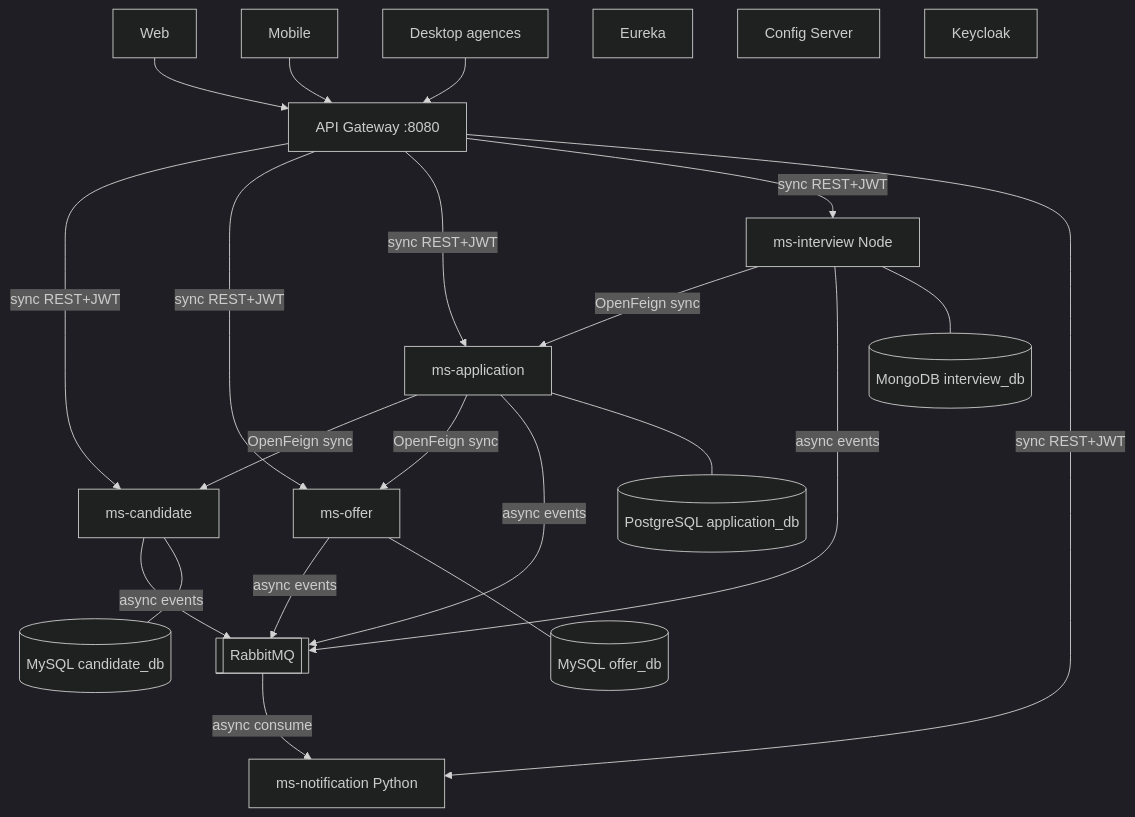
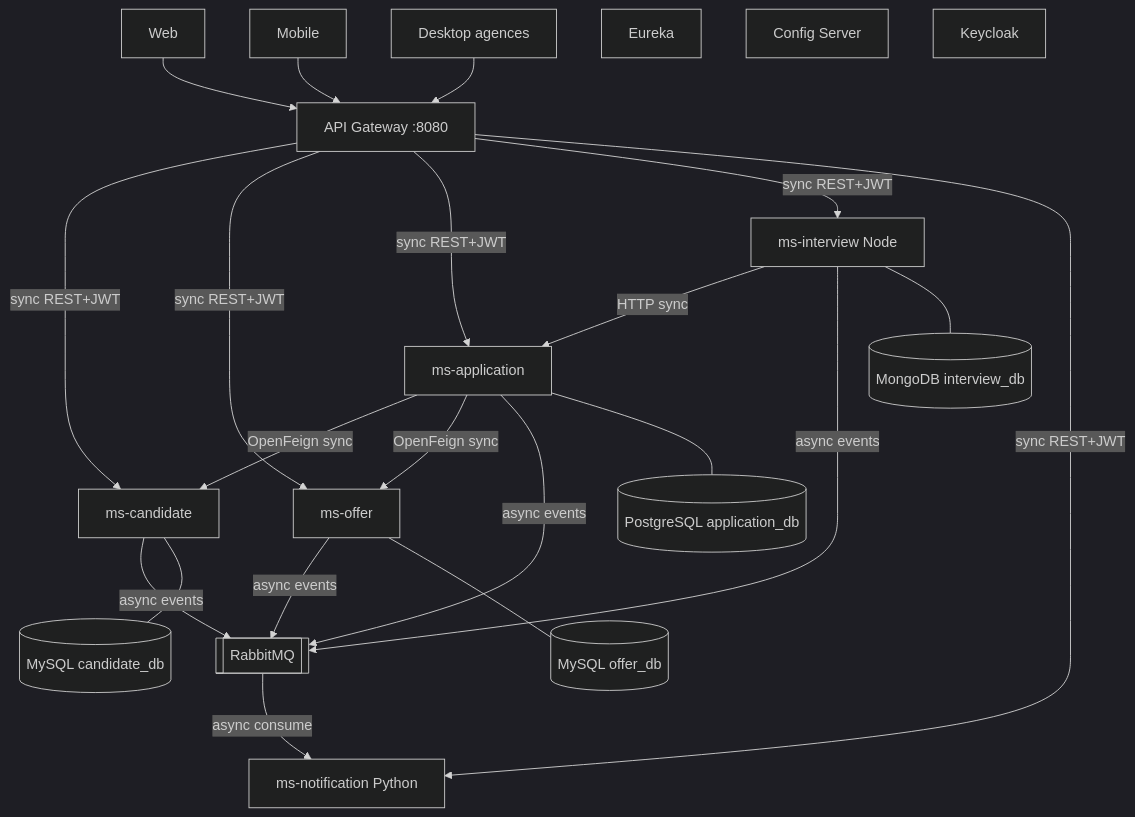
Before and after one commit to AzizMehrez/Projet-web-4SSA8: the second of 2 diagrams in Prosit2/Dossier_Conception.md, drawn with Mermaid (dark theme). The commit also changed other lines of this file and 50 other files, not shown here.

````diff
--- a/Prosit2/Dossier_Conception.md
+++ b/Prosit2/Dossier_Conception.md
@@ -245,31 +245,31 @@
 ```mermaid
 flowchart TB
   WEB[Web] --> GW[API Gateway :8080]
   MOB[Mobile] --> GW
   DESK[Desktop agences] --> GW
 
   GW -->|sync REST+JWT| C[ms-candidate]
   GW -->|sync REST+JWT| O[ms-offer]
   GW -->|sync REST+JWT| A[ms-application]
   GW -->|sync REST+JWT| I[ms-interview Node]
   GW -->|sync REST+JWT| N[ms-notification Python]
 
   A -->|OpenFeign sync| C
   A -->|OpenFeign sync| O
-  I -->|OpenFeign sync| A
+  I -->|HTTP sync| A
 
   A -->|async events| RQ[[RabbitMQ]]
   O -->|async events| RQ
   I -->|async events| RQ
   C -->|async events| RQ
   RQ -->|async consume| N
 
   C --- DB1[(MySQL candidate_db)]
   O --- DB2[(MySQL offer_db)]
   A --- DB3[(PostgreSQL application_db)]
   I --- DB4[(MongoDB interview_db)]
 
   EU[Eureka]
   CS[Config Server]
   KC[Keycloak]
 ```
````
